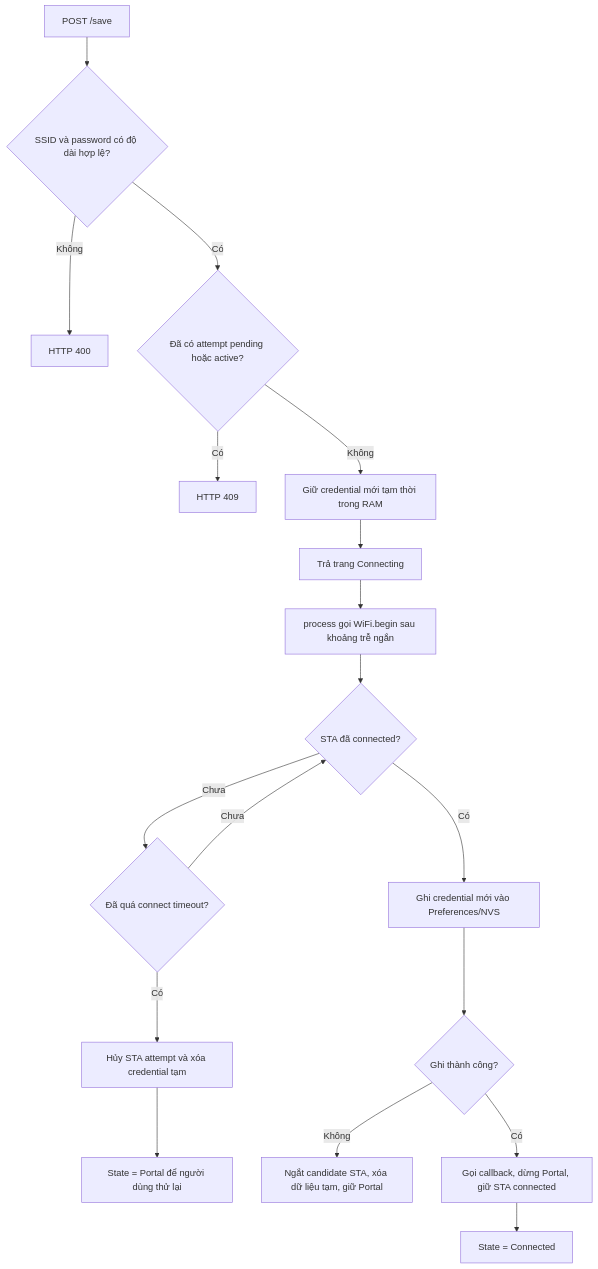
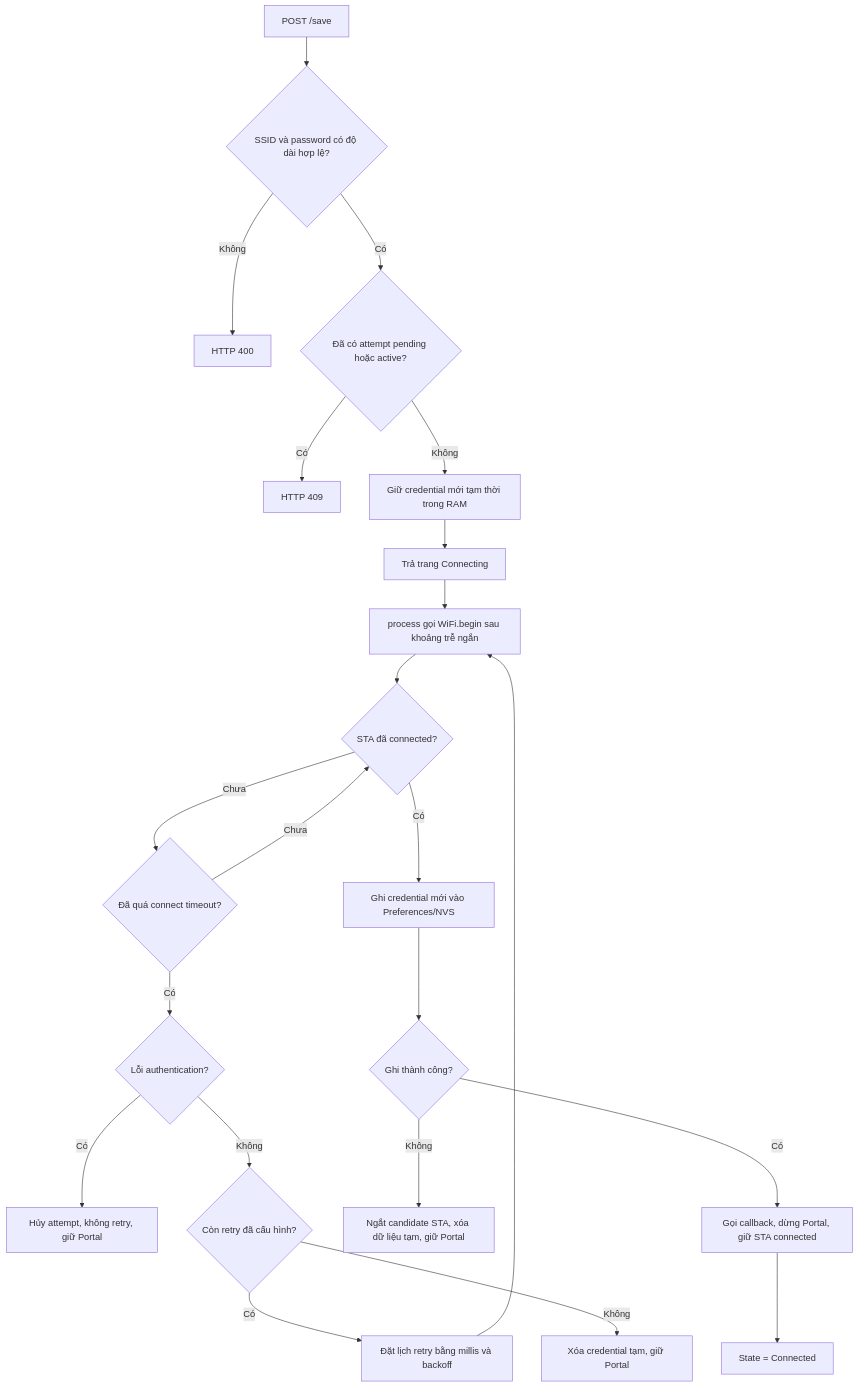
Before and after one commit to NguyenHien-8/ESP32WiFiPortal: the fourth of 7 diagrams in docs/FlowChart.md, drawn with Mermaid. The commit also changed other lines of this file and 12 other files, not shown here.

````diff
--- a/docs/FlowChart.md
+++ b/docs/FlowChart.md
@@ -57,20 +77,24 @@
 ```mermaid
 flowchart TD
     A[POST /save] --> B{SSID và password có độ dài hợp lệ?}
     B -- Không --> C[HTTP 400]
     B -- Có --> D{Đã có attempt pending hoặc active?}
     D -- Có --> E[HTTP 409]
     D -- Không --> F[Giữ credential mới tạm thời trong RAM]
     F --> G[Trả trang Connecting]
     G --> H[process gọi WiFi.begin sau khoảng trễ ngắn]
     H --> I{STA đã connected?}
     I -- Chưa --> J{Đã quá connect timeout?}
     J -- Chưa --> I
-    J -- Có --> K[Hủy STA attempt và xóa credential tạm]
-    K --> L[State = Portal để người dùng thử lại]
+    J -- Có --> K{Lỗi authentication?}
+    K -- Có --> L[Hủy attempt, không retry, giữ Portal]
+    K -- Không --> R{Còn retry đã cấu hình?}
+    R -- Có --> S[Đặt lịch retry bằng millis và backoff]
+    S --> H
+    R -- Không --> T[Xóa credential tạm, giữ Portal]
     I -- Có --> M[Ghi credential mới vào Preferences/NVS]
     M --> N{Ghi thành công?}
     N -- Không --> O[Ngắt candidate STA, xóa dữ liệu tạm, giữ Portal]
     N -- Có --> P[Gọi callback, dừng Portal, giữ STA connected]
     P --> Q[State = Connected]
 ```
````
